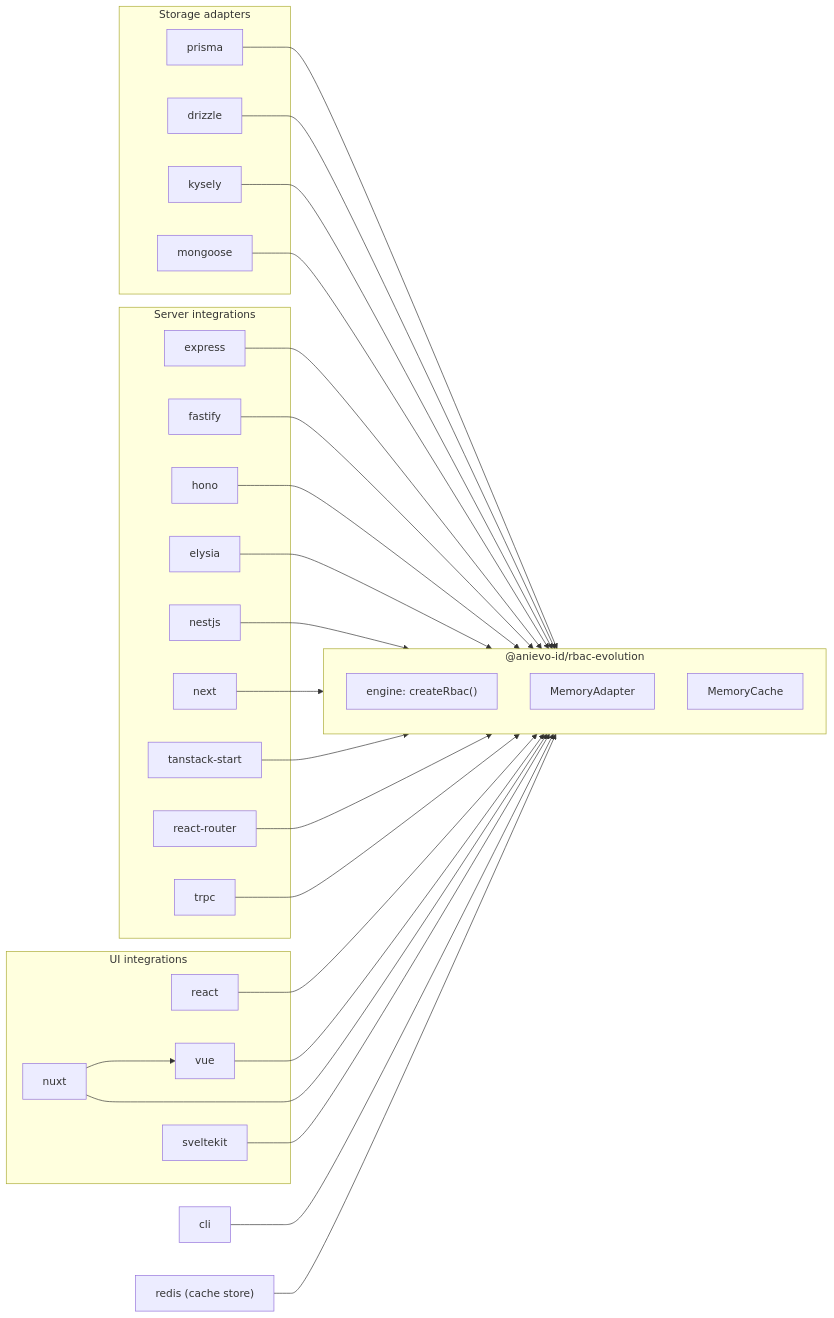
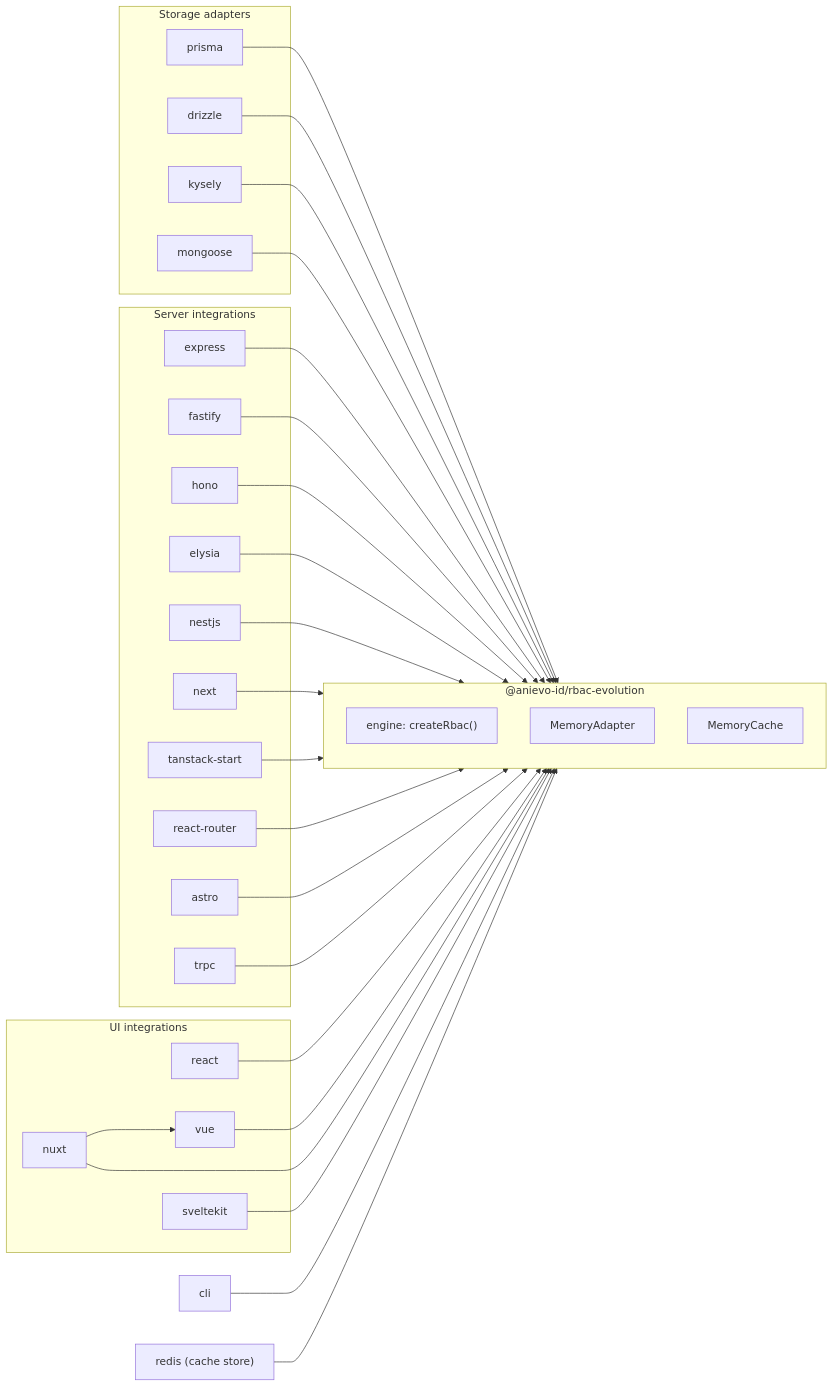
Before and after one commit to AniEvo-ID/rbac-evolution: the first of 8 diagrams in docs/guide/how-it-works.md, drawn with Mermaid. The commit also changed other lines of this file and 25 other files, not shown here.

````diff
--- a/docs/guide/how-it-works.md
+++ b/docs/guide/how-it-works.md
@@ -17,58 +17,60 @@
 ```mermaid
 flowchart LR
   subgraph adapters["Storage adapters"]
     prisma["prisma"]
     drizzle["drizzle"]
     kysely["kysely"]
     mongoose["mongoose"]
   end
 
   subgraph core["@anievo-id/rbac-evolution"]
     engine["engine: createRbac()"]
     memory["MemoryAdapter"]
     cache["MemoryCache"]
   end
 
   subgraph server["Server integrations"]
     express["express"]
     fastify["fastify"]
     hono["hono"]
     elysia["elysia"]
     nestjs["nestjs"]
     next["next"]
     tanstack["tanstack-start"]
     reactrouter["react-router"]
+    astro["astro"]
     trpc["trpc"]
   end
 
   subgraph ui["UI integrations"]
     react["react"]
     vue["vue"]
     nuxt["nuxt"]
     sveltekit["sveltekit"]
   end
 
   cli["cli"]
   redis["redis (cache store)"]
 
   prisma --> core
   drizzle --> core
   kysely --> core
   mongoose --> core
   express --> core
   fastify --> core
   hono --> core
   elysia --> core
   nestjs --> core
   next --> core
   tanstack --> core
   reactrouter --> core
+  astro --> core
   trpc --> core
   react --> core
   vue --> core
   nuxt --> core
   nuxt --> vue
   sveltekit --> core
   cli --> core
   redis --> core
 ```
````
